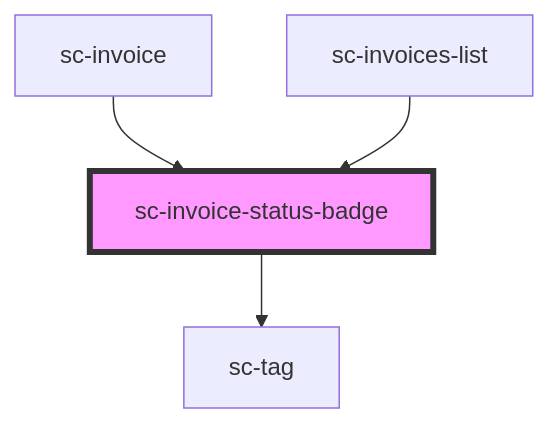
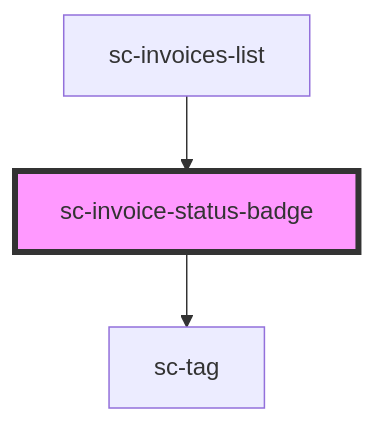
Before and after one commit to surecart/surecart-wp-plugin: the diagram in packages/components/src/components/ui/invoice-status-badge/readme.md, drawn with Mermaid. The commit also changed other lines of this file and 23 other files, not shown here.

````diff
--- a/packages/components/src/components/ui/invoice-status-badge/readme.md
+++ b/packages/components/src/components/ui/invoice-status-badge/readme.md
@@ -30,7 +29,6 @@
 ```mermaid
 graph TD;
   sc-invoice-status-badge --> sc-tag
-  sc-invoice --> sc-invoice-status-badge
   sc-invoices-list --> sc-invoice-status-badge
   style sc-invoice-status-badge fill:#f9f,stroke:#333,stroke-width:4px
 ```
````
